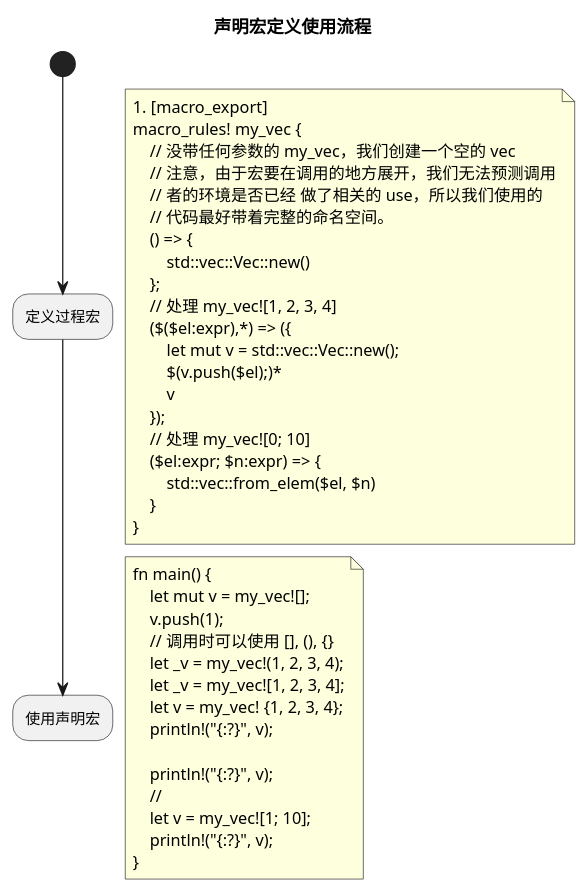
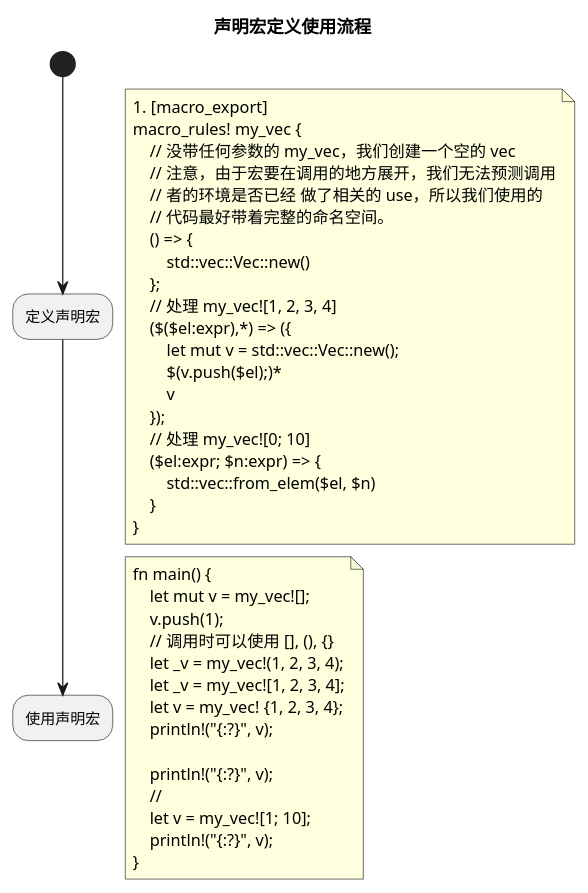
Before and after one commit to KuanHsiaoKuo/geektime-tyr-rust: the diagram in materials/plantumls/declarative_macros.puml, drawn with PlantUML.

```diff
--- a/materials/plantumls/declarative_macros.puml
+++ b/materials/plantumls/declarative_macros.puml
@@ -1,45 +1,45 @@
 @startuml
 title 声明宏定义使用流程
 |example/rule.rs->macro_rules!|
 start
-:定义过程宏;
+:定义声明宏;
 floating note right
 #[macro_export]
 macro_rules! my_vec {
     // 没带任何参数的 my_vec，我们创建一个空的 vec
     // 注意，由于宏要在调用的地方展开，我们无法预测调用
     // 者的环境是否已经 做了相关的 use，所以我们使用的
     // 代码最好带着完整的命名空间。
     () => {
         std::vec::Vec::new()
     };
     // 处理 my_vec![1, 2, 3, 4]
     ($($el:expr),*) => ({
         let mut v = std::vec::Vec::new();
         $(v.push($el);)*
         v
     });
     // 处理 my_vec![0; 10]
     ($el:expr; $n:expr) => {
         std::vec::from_elem($el, $n)
     }
 }
 end note
 :使用声明宏;
 floating note right
 fn main() {
     let mut v = my_vec![];
     v.push(1);
     // 调用时可以使用 [], (), {}
     let _v = my_vec!(1, 2, 3, 4);
     let _v = my_vec![1, 2, 3, 4];
     let v = my_vec! {1, 2, 3, 4};
     println!("{:?}", v);
 
     println!("{:?}", v);
     //
     let v = my_vec![1; 10];
     println!("{:?}", v);
 }
 end note
 @enduml
```
